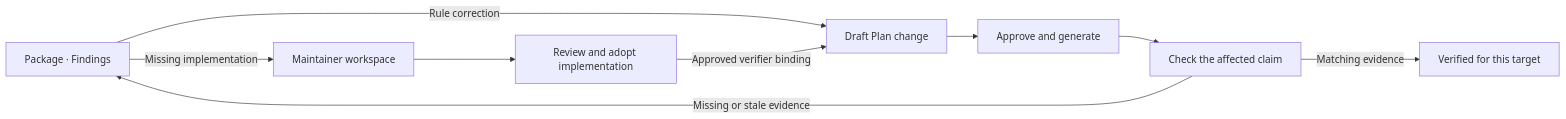
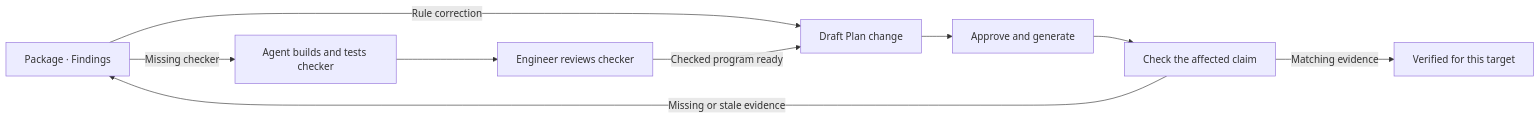
One commit to realityjunky/Badger changed the diagram in docs/authoring-finding-resolution.md. Above: the diagram before and after it, drawn with Mermaid. The commit also changed other lines of this file and 1 other file, not shown here.

Commit message:
Design finding resolution around one Engineer and portable checks

````diff
--- a/docs/authoring-finding-resolution.md
+++ b/docs/authoring-finding-resolution.md
@@ -30,11 +48,11 @@
 ```mermaid
 flowchart LR
     F["Package · Findings"] -->|Rule correction| P["Draft Plan change"]
-    F -->|Missing implementation| W["Maintainer workspace"]
-    W --> A["Review and adopt implementation"]
-    A -->|Approved verifier binding| P
+    F -->|Missing checker| W["Agent builds and tests checker"]
+    W --> A["Engineer reviews checker"]
+    A -->|Checked program ready| P
     P --> G["Approve and generate"]
     G --> V["Check the affected claim"]
     V -->|Matching evidence| C["Verified for this target"]
     V -->|Missing or stale evidence| F
 ```
````
